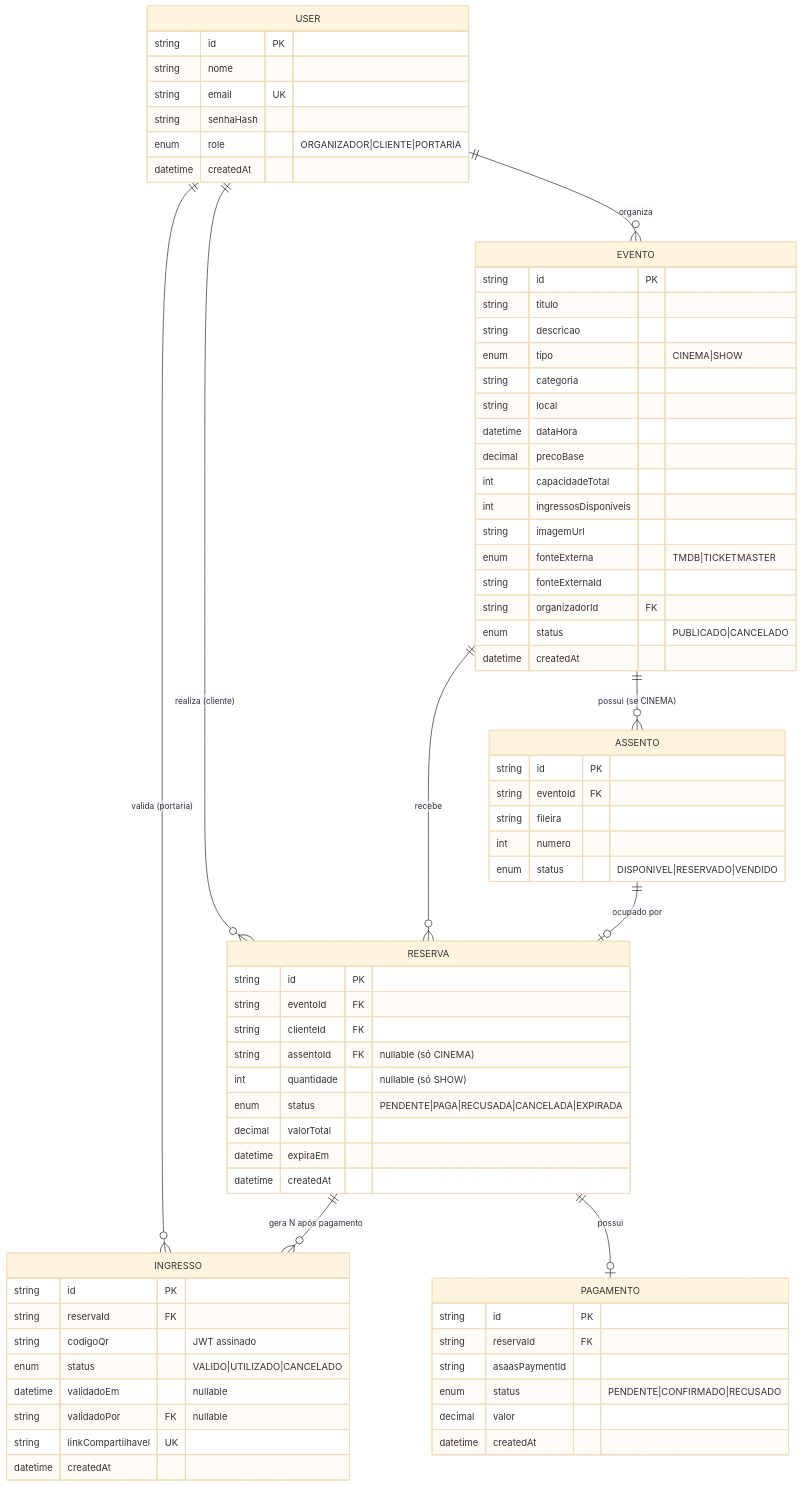
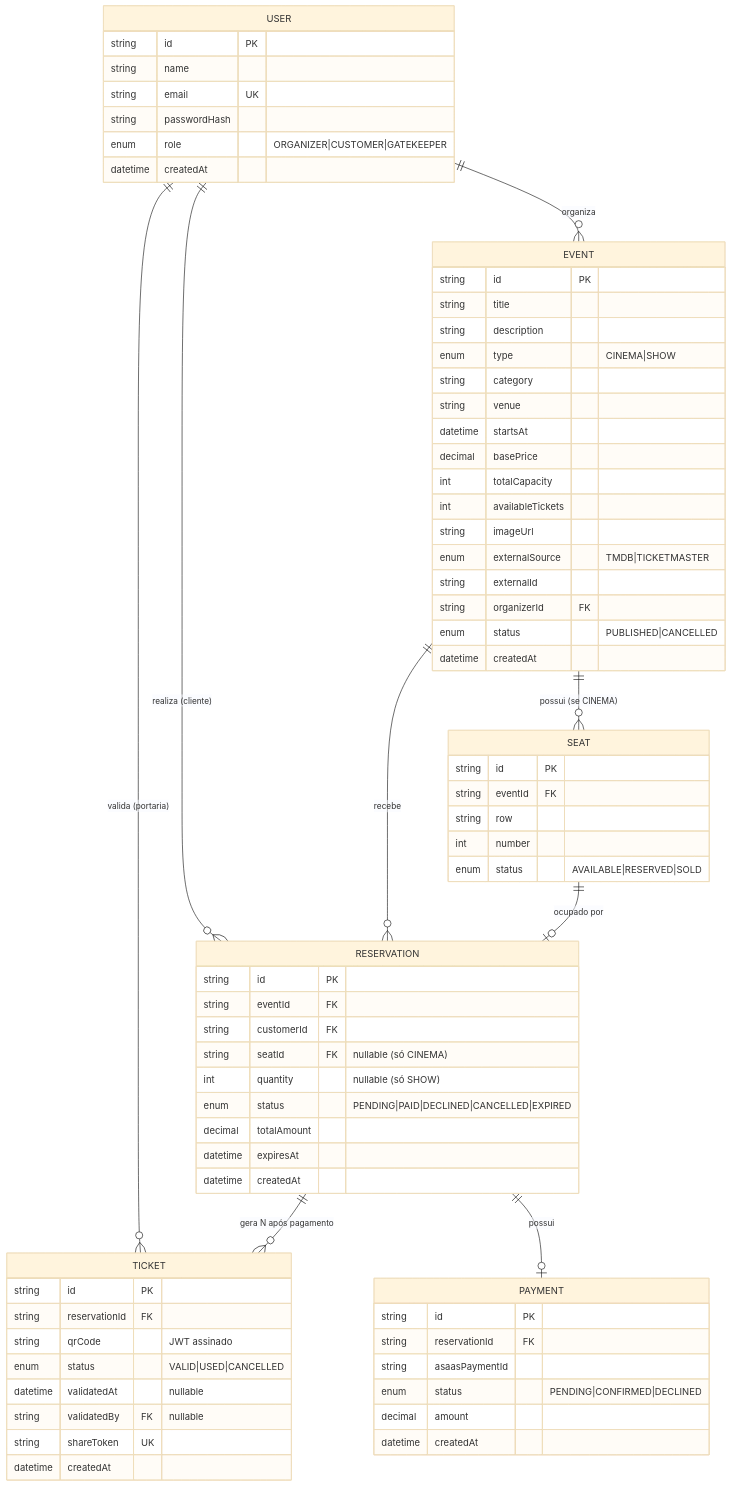
One commit to Vinicius-DEV1/plataforma-eventos-e-ingressos-verzel changed the diagram in docs/SPEC.md. Above: the diagram before and after it, drawn with Mermaid (base theme). The commit also changed other lines of this file and 20 other files, not shown here.

Commit message:
refactor: padroniza código e schema em inglês

````diff
--- a/docs/SPEC.md
+++ b/docs/SPEC.md
@@ -109,79 +109,79 @@
 ```mermaid
 erDiagram
-    USER ||--o{ EVENTO : "organiza"
-    USER ||--o{ RESERVA : "realiza (cliente)"
-    USER ||--o{ INGRESSO : "valida (portaria)"
-    EVENTO ||--o{ ASSENTO : "possui (se CINEMA)"
-    EVENTO ||--o{ RESERVA : "recebe"
-    ASSENTO ||--o| RESERVA : "ocupado por"
-    RESERVA ||--o{ INGRESSO : "gera N após pagamento"
-    RESERVA ||--o| PAGAMENTO : "possui"
+    USER ||--o{ EVENT : "organiza"
+    USER ||--o{ RESERVATION : "realiza (cliente)"
+    USER ||--o{ TICKET : "valida (portaria)"
+    EVENT ||--o{ SEAT : "possui (se CINEMA)"
+    EVENT ||--o{ RESERVATION : "recebe"
+    SEAT ||--o| RESERVATION : "ocupado por"
+    RESERVATION ||--o{ TICKET : "gera N após pagamento"
+    RESERVATION ||--o| PAYMENT : "possui"
 
     USER {
         string id PK
-        string nome
+        string name
         string email UK
-        string senhaHash
-        enum role "ORGANIZADOR|CLIENTE|PORTARIA"
+        string passwordHash
+        enum role "ORGANIZER|CUSTOMER|GATEKEEPER"
         datetime createdAt
     }
 
-    EVENTO {
+    EVENT {
         string id PK
-        string titulo
-        string descricao
-        enum tipo "CINEMA|SHOW"
-        string categoria
-        string local
-        datetime dataHora
-        decimal precoBase
-        int capacidadeTotal
-        int ingressosDisponiveis
-        string imagemUrl
-        enum fonteExterna "TMDB|TICKETMASTER"
-        string fonteExternaId
-        string organizadorId FK
-        enum status "PUBLICADO|CANCELADO"
+        string title
+        string description
+        enum type "CINEMA|SHOW"
+        string category
+        string venue
+        datetime startsAt
+        decimal basePrice
+        int totalCapacity
+        int availableTickets
+        string imageUrl
+        enum externalSource "TMDB|TICKETMASTER"
+        string externalId
+        string organizerId FK
+        enum status "PUBLISHED|CANCELLED"
         datetime createdAt
     }
 
-    ASSENTO {
+    SEAT {
         string id PK
-        string eventoId FK
-        string fileira
-        int numero
-        enum status "DISPONIVEL|RESERVADO|VENDIDO"
+        string eventId FK
+        string row
+        int number
+        enum status "AVAILABLE|RESERVED|SOLD"
     }
 
-    RESERVA {
+    RESERVATION {
         string id PK
-        string eventoId FK
-        string clienteId FK
-        string assentoId FK "nullable (só CINEMA)"
-        int quantidade "nullable (só SHOW)"
-        enum status "PENDENTE|PAGA|RECUSADA|CANCELADA|EXPIRADA"
-        decimal valorTotal
-        datetime expiraEm
+        string eventId FK
+        string customerId FK
+        string seatId FK "nullable (só CINEMA)"
+        int quantity "nullable (só SHOW)"
+        enum status "PENDING|PAID|DECLINED|CANCELLED|EXPIRED"
+        decimal totalAmount
+        datetime expiresAt
         datetime createdAt
     }
 
-    INGRESSO {
+    TICKET {
         string id PK
-        string reservaId FK
-        string codigoQr "JWT assinado"
-        enum status "VALIDO|UTILIZADO|CANCELADO"
-        datetime validadoEm "nullable"
-        string validadoPor FK "nullable"
-        string linkCompartilhavel UK
+        string reservationId FK
+        string qrCode "JWT assinado"
+        enum status "VALID|USED|CANCELLED"
+        datetime validatedAt "nullable"
+        string validatedBy FK "nullable"
+        string shareToken UK
         datetime createdAt
     }
 
-    PAGAMENTO {
+    PAYMENT {
         string id PK
-        string reservaId FK
+        string reservationId FK
         string asaasPaymentId
-        enum status "PENDENTE|CONFIRMADO|RECUSADO"
-        decimal valor
+        enum status "PENDING|CONFIRMED|DECLINED"
+        decimal amount
         datetime createdAt
     }
 ```
````
